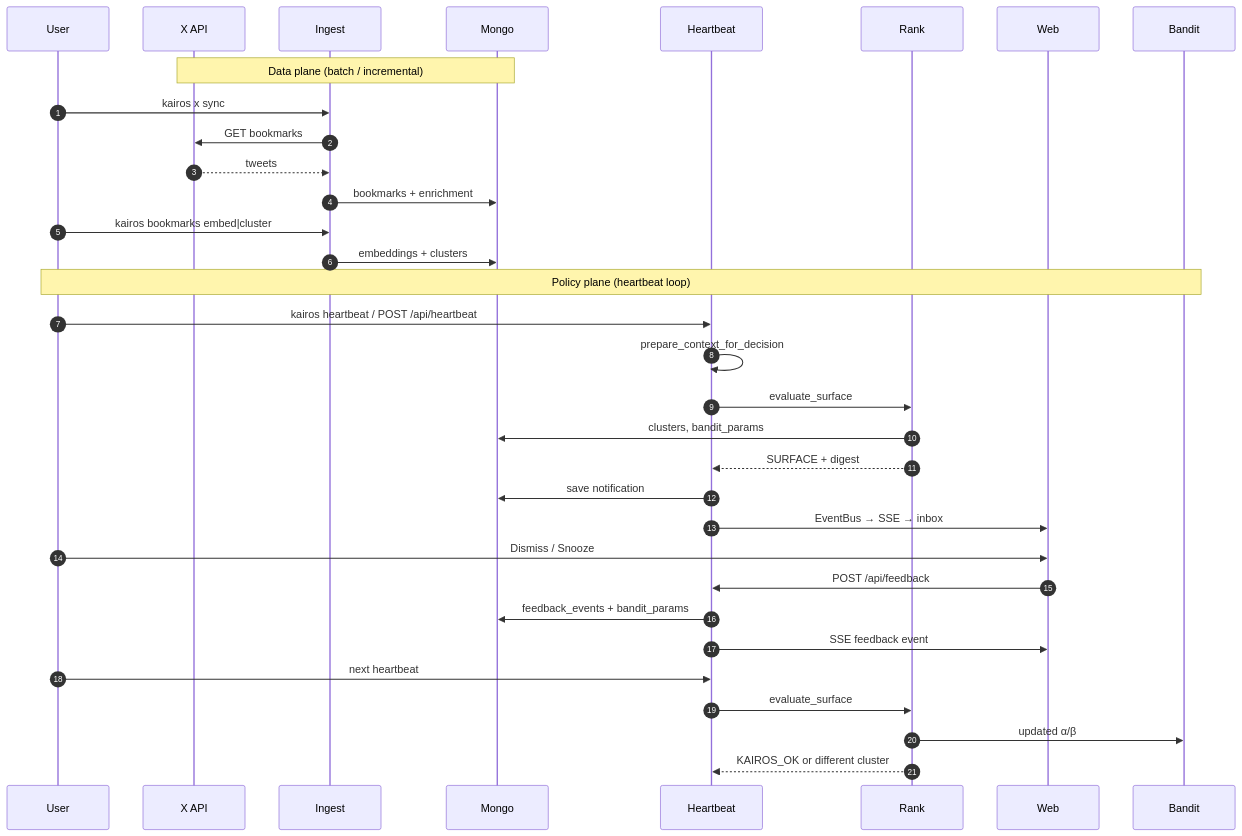
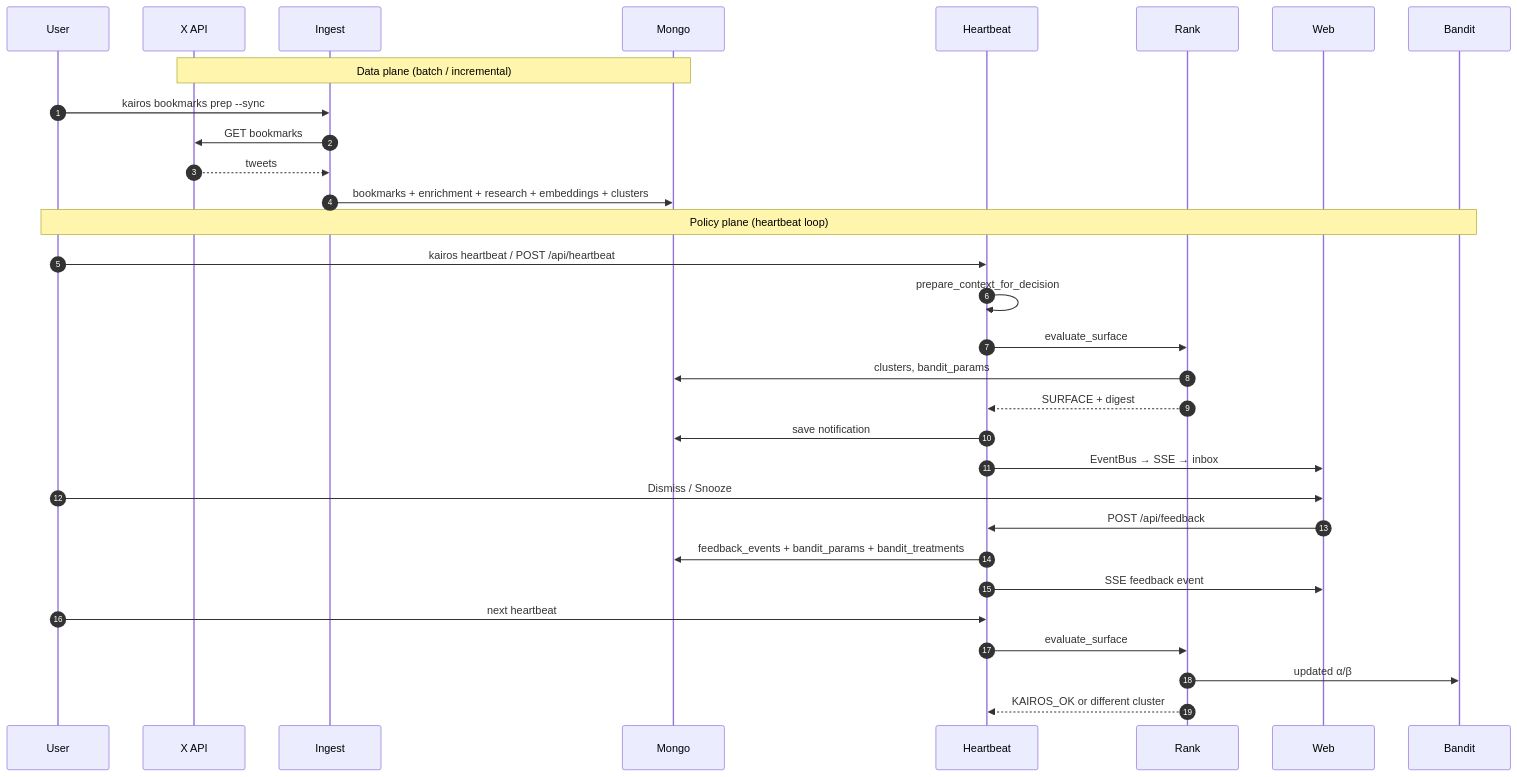
One commit to Sushmey/Kairos changed diagram 19 of 19 in docs/ARCHITECTURE.md. Above: the diagram before and after it, drawn with Mermaid. The commit also changed other lines of this file and 6 other files, not shown here.

````diff
--- a/docs/ARCHITECTURE.md
+++ b/docs/ARCHITECTURE.md
@@ -778,39 +799,37 @@
 ```mermaid
 sequenceDiagram
     autonumber
     participant User
     participant X as X API
     participant Ingest
     participant Mongo
     participant Heartbeat
     participant Rank
     participant Web
     participant Bandit
 
     Note over X,Mongo: Data plane (batch / incremental)
-    User->>Ingest: kairos x sync
+    User->>Ingest: kairos bookmarks prep --sync
     Ingest->>X: GET bookmarks
     X-->>Ingest: tweets
-    Ingest->>Mongo: bookmarks + enrichment
-    User->>Ingest: kairos bookmarks embed|cluster
-    Ingest->>Mongo: embeddings + clusters
+    Ingest->>Mongo: bookmarks + enrichment + research + embeddings + clusters
 
     Note over User,Bandit: Policy plane (heartbeat loop)
     User->>Heartbeat: kairos heartbeat / POST /api/heartbeat
     Heartbeat->>Heartbeat: prepare_context_for_decision
     Heartbeat->>Rank: evaluate_surface
     Rank->>Mongo: clusters, bandit_params
     Rank-->>Heartbeat: SURFACE + digest
     Heartbeat->>Mongo: save notification
     Heartbeat->>Web: EventBus → SSE → inbox
 
     User->>Web: Dismiss / Snooze
     Web->>Heartbeat: POST /api/feedback
-    Heartbeat->>Mongo: feedback_events + bandit_params
+    Heartbeat->>Mongo: feedback_events + bandit_params + bandit_treatments
     Heartbeat->>Web: SSE feedback event
 
     User->>Heartbeat: next heartbeat
     Heartbeat->>Rank: evaluate_surface
     Rank->>Bandit: updated α/β
     Rank-->>Heartbeat: KAIROS_OK or different cluster
 ```
````
